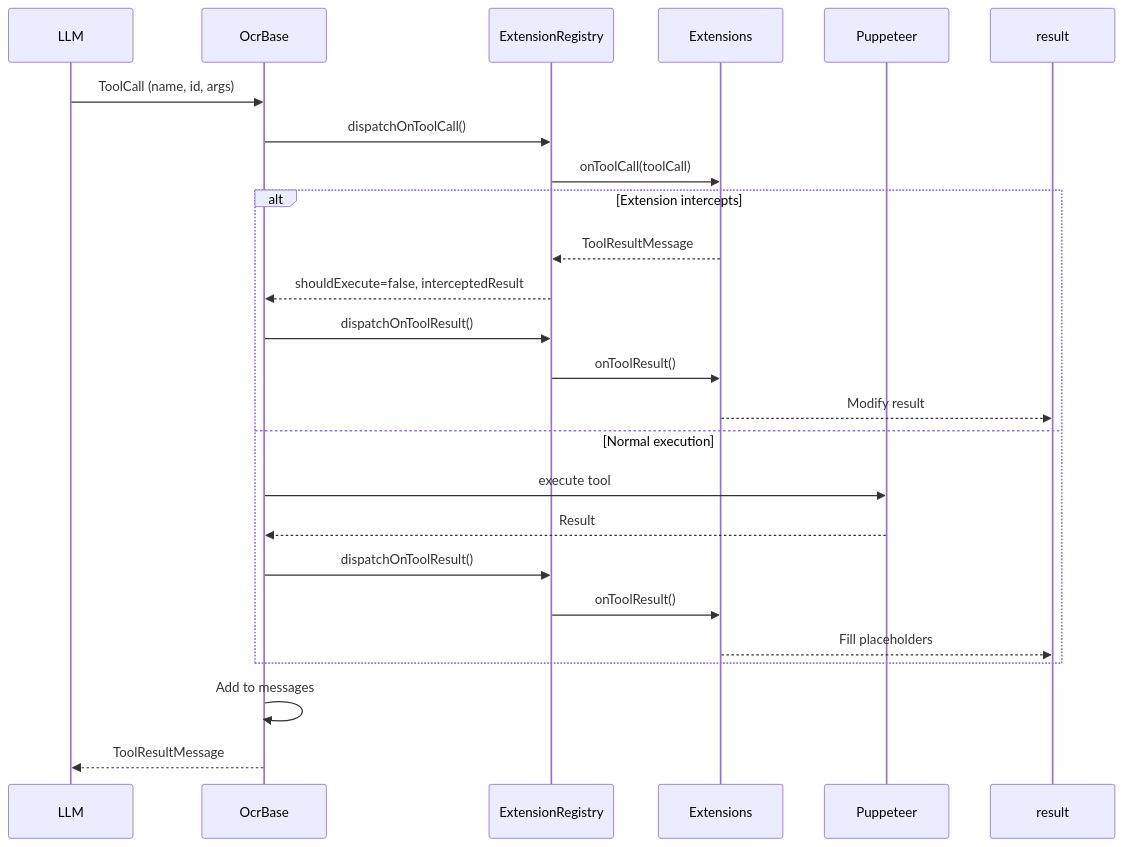
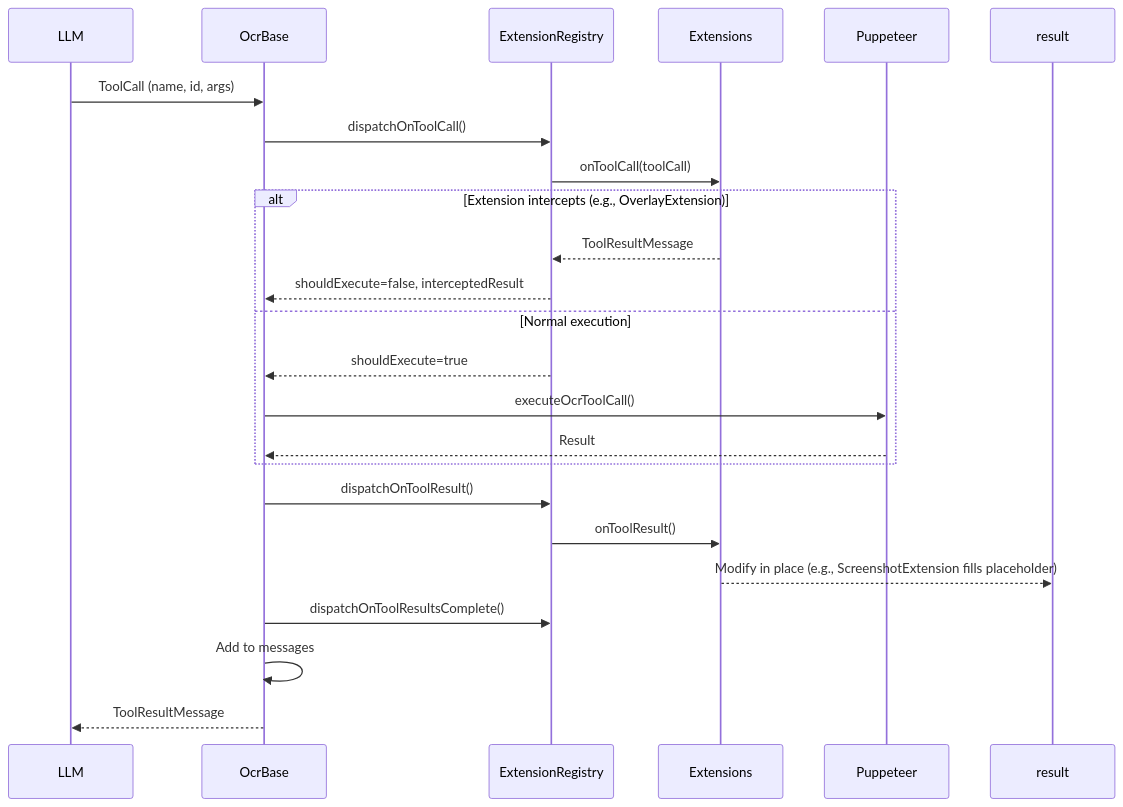
Before and after one commit to itterative/pi-web-search: the diagram in docs/INFRASTRUCTURE.md, drawn with Mermaid. The commit also changed other lines of this file and 8 other files, not shown here.

````diff
--- a/docs/INFRASTRUCTURE.md
+++ b/docs/INFRASTRUCTURE.md
@@ -215,29 +290,29 @@
 ```mermaid
 sequenceDiagram
     participant Model as LLM
     participant Summarizer as OcrBase
     participant Registry as ExtensionRegistry
     participant Extensions as Extensions
     participant Browser as Puppeteer
 
     Model->>Summarizer: ToolCall (name, id, args)
     Summarizer->>Registry: dispatchOnToolCall()
     Registry->>Extensions: onToolCall(toolCall)
-    
-    alt Extension intercepts
+
+    alt Extension intercepts (e.g., OverlayExtension)
         Extensions-->>Registry: ToolResultMessage
         Registry-->>Summarizer: shouldExecute=false, interceptedResult
-        Summarizer->>Registry: dispatchOnToolResult()
-        Registry->>Extensions: onToolResult()
-        Extensions-->>result: Modify result
     else Normal execution
-        Summarizer->>Browser: execute tool
+        Registry-->>Summarizer: shouldExecute=true
+        Summarizer->>Browser: executeOcrToolCall()
         Browser-->>Summarizer: Result
-        Summarizer->>Registry: dispatchOnToolResult()
-        Registry->>Extensions: onToolResult()
-        Extensions-->>result: Fill placeholders
     end
-    
+
+    Summarizer->>Registry: dispatchOnToolResult()
+    Registry->>Extensions: onToolResult()
+    Extensions-->>result: Modify in place (e.g., ScreenshotExtension fills placeholder)
+
+    Summarizer->>Registry: dispatchOnToolResultsComplete()
     Summarizer->>Summarizer: Add to messages
     Summarizer-->>Model: ToolResultMessage
 ```
````
